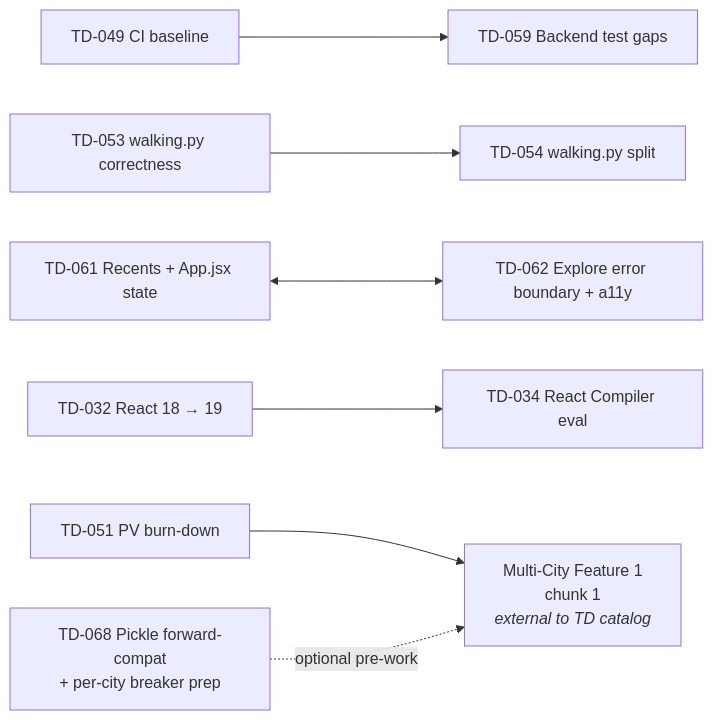
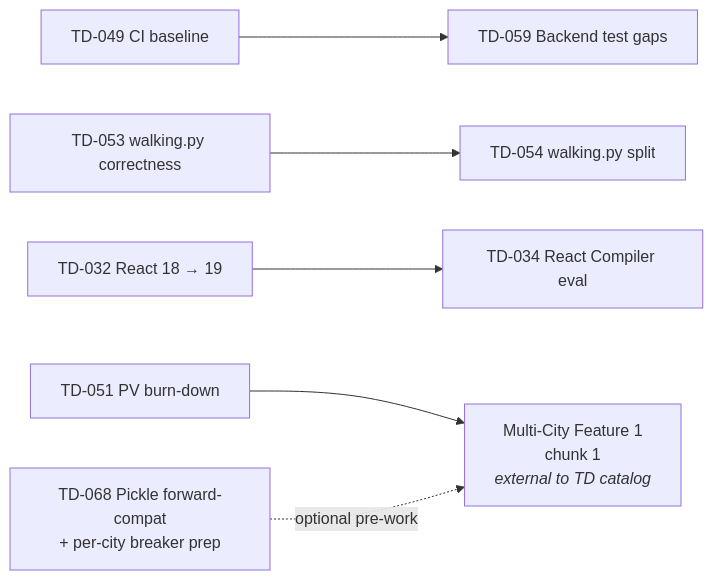
The diagram in docs/Technical_Debt_Roadmap.md (AdamBHonaker/Walk-Path-Calculator), drawn with Mermaid before and after one commit. The commit also changed other lines of this file and 9 other files, not shown here.

First line of the commit message:
fix(frontend): App.jsx state hygiene + Explore error boundary + a11y (TD-061 + TD-062)

````diff
--- a/docs/Technical_Debt_Roadmap.md
+++ b/docs/Technical_Debt_Roadmap.md
@@ -20,9 +20,8 @@
 ```mermaid
 graph LR
   TD049[TD-049 CI baseline] --> TD059[TD-059 Backend test gaps]
   TD053[TD-053 walking.py correctness] --> TD054[TD-054 walking.py split]
-  TD061[TD-061 Recents + App.jsx state] <--> TD062[TD-062 Explore error boundary + a11y]
   TD032[TD-032 React 18 → 19] --> TD034[TD-034 React Compiler eval]
   TD051[TD-051 PV burn-down] --> FEAT1[Multi-City Feature 1<br/>chunk 1<br/><i>external to TD catalog</i>]
   TD068[TD-068 Pickle forward-compat<br/>+ per-city breaker prep] -.optional pre-work.-> FEAT1
 ```
````
